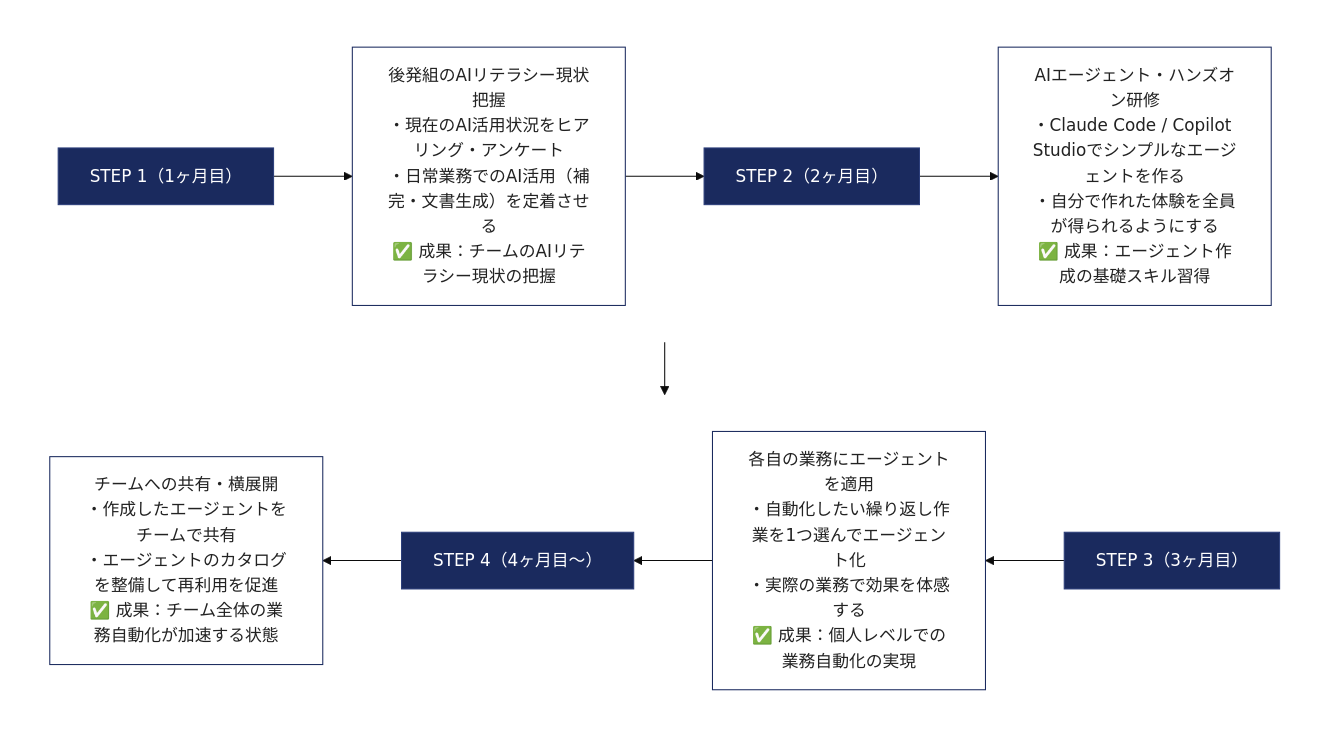
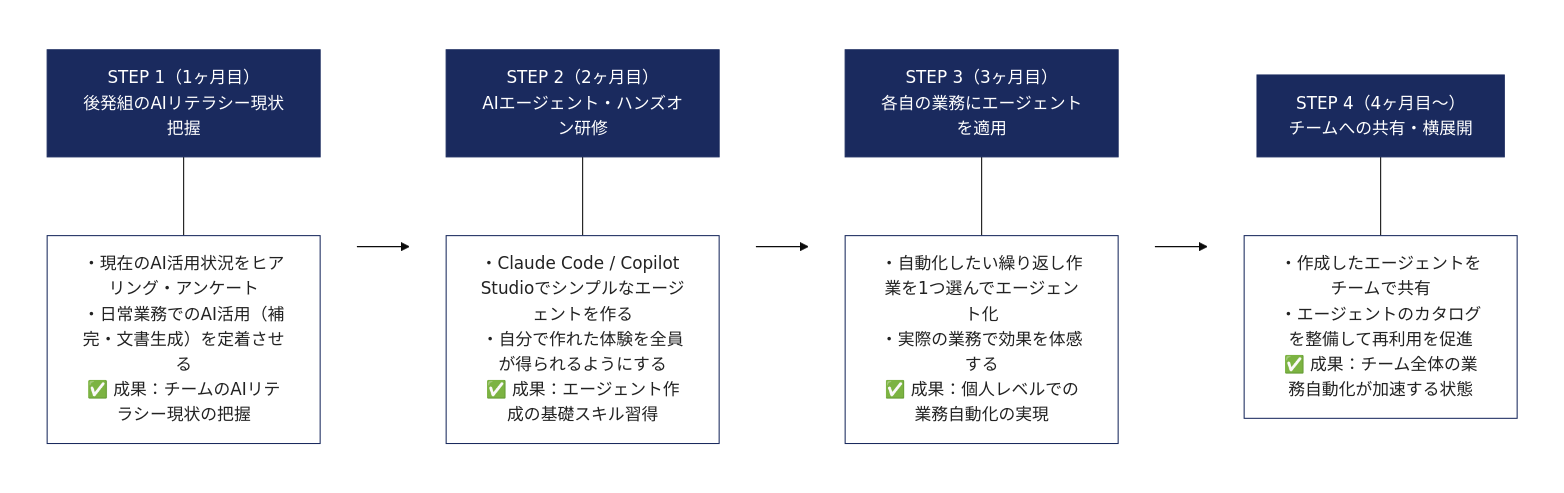
The ninth of 10 diagrams in AI_Idea/AI_ADOPTION_PROPOSAL.md (Kengo55555/My_Study), drawn with Mermaid (base theme) before and after one commit. The commit also changed other lines of this file and 1 other file, not shown here.

Commit message:
Redesign Mermaid: horizontal LR layout, navy header + white body per step card

````diff
--- a/AI_Idea/AI_ADOPTION_PROPOSAL.md
+++ b/AI_Idea/AI_ADOPTION_PROPOSAL.md
@@ -423,22 +471,28 @@
 ```mermaid
-flowchart TD
-    subgraph row1[" "]
-        direction LR
-        T1["STEP 1（1ヶ月目）"] --> C1["後発組のAIリテラシー現状把握<br/>・現在のAI活用状況をヒアリング・アンケート<br/>・日常業務でのAI活用（補完・文書生成）を定着させる<br/>✅ 成果：チームのAIリテラシー現状の把握"]
-        C1 --> T2["STEP 2（2ヶ月目）"]
-        T2 --> C2["AIエージェント・ハンズオン研修<br/>・Claude Code / Copilot Studioでシンプルなエージェントを作る<br/>・自分で作れた体験を全員が得られるようにする<br/>✅ 成果：エージェント作成の基礎スキル習得"]
+flowchart LR
+    subgraph s1[" "]
+        direction TB
+        H1["STEP 1（1ヶ月目）<br/>後発組のAIリテラシー現状把握"] --- B1["・現在のAI活用状況をヒアリング・アンケート<br/>・日常業務でのAI活用（補完・文書生成）を定着させる<br/>✅ 成果：チームのAIリテラシー現状の把握"]
     end
-    subgraph row2[" "]
-        direction RL
-        T3["STEP 3（3ヶ月目）"] --> C3["各自の業務にエージェントを適用<br/>・自動化したい繰り返し作業を1つ選んでエージェント化<br/>・実際の業務で効果を体感する<br/>✅ 成果：個人レベルでの業務自動化の実現"]
-        C3 --> T4["STEP 4（4ヶ月目〜）"]
-        T4 --> C4["チームへの共有・横展開<br/>・作成したエージェントをチームで共有<br/>・エージェントのカタログを整備して再利用を促進<br/>✅ 成果：チーム全体の業務自動化が加速する状態"]
+    subgraph s2[" "]
+        direction TB
+        H2["STEP 2（2ヶ月目）<br/>AIエージェント・ハンズオン研修"] --- B2["・Claude Code / Copilot Studioでシンプルなエージェントを作る<br/>・自分で作れた体験を全員が得られるようにする<br/>✅ 成果：エージェント作成の基礎スキル習得"]
     end
-    C2 --> T3
-    style row1 fill:transparent,stroke:transparent,color:transparent
-    style row2 fill:transparent,stroke:transparent,color:transparent
-    classDef title fill:#1a2a5e,stroke:#2c3e7a,color:#fff
-    classDef content fill:#fff,stroke:#1a2a5e,color:#222
-    class T1,T2,T3,T4 title
-    class C1,C2,C3,C4 content
+    subgraph s3[" "]
+        direction TB
+        H3["STEP 3（3ヶ月目）<br/>各自の業務にエージェントを適用"] --- B3["・自動化したい繰り返し作業を1つ選んでエージェント化<br/>・実際の業務で効果を体感する<br/>✅ 成果：個人レベルでの業務自動化の実現"]
+    end
+    subgraph s4[" "]
+        direction TB
+        H4["STEP 4（4ヶ月目〜）<br/>チームへの共有・横展開"] --- B4["・作成したエージェントをチームで共有<br/>・エージェントのカタログを整備して再利用を促進<br/>✅ 成果：チーム全体の業務自動化が加速する状態"]
+    end
+    s1 --> s2 --> s3 --> s4
+    style s1 fill:transparent,stroke:transparent,color:transparent
+    style s2 fill:transparent,stroke:transparent,color:transparent
+    style s3 fill:transparent,stroke:transparent,color:transparent
+    style s4 fill:transparent,stroke:transparent,color:transparent
+    classDef hdr fill:#1a2a5e,stroke:#1a2a5e,color:#fff
+    classDef bdy fill:#fff,stroke:#1a2a5e,color:#222
+    class H1,H2,H3,H4 hdr
+    class B1,B2,B3,B4 bdy
 ```
````
